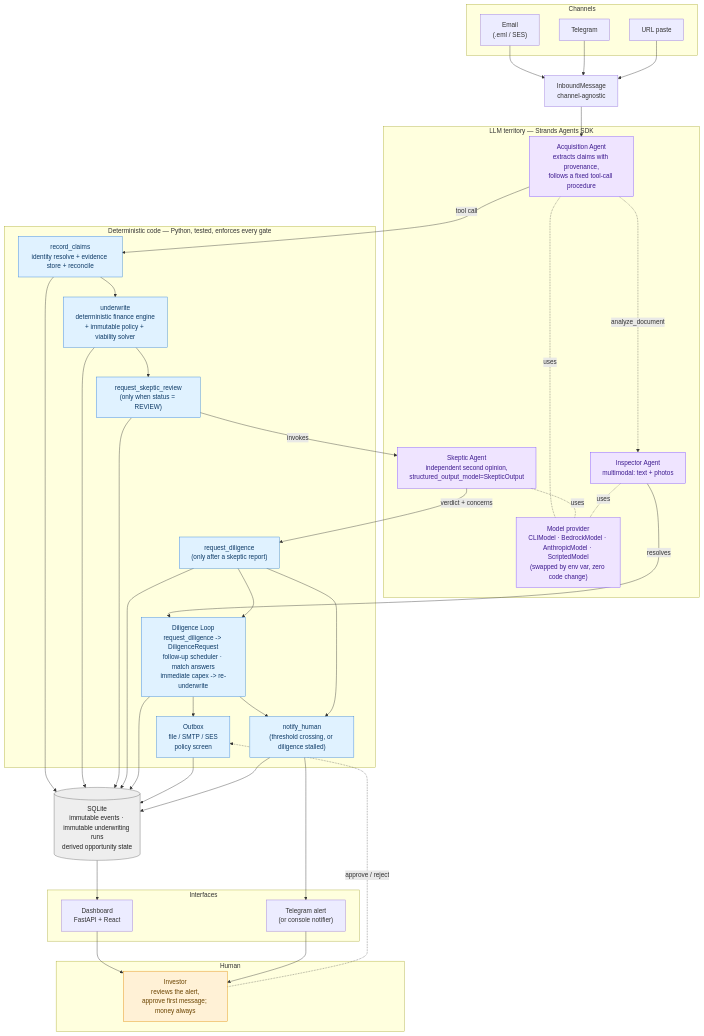
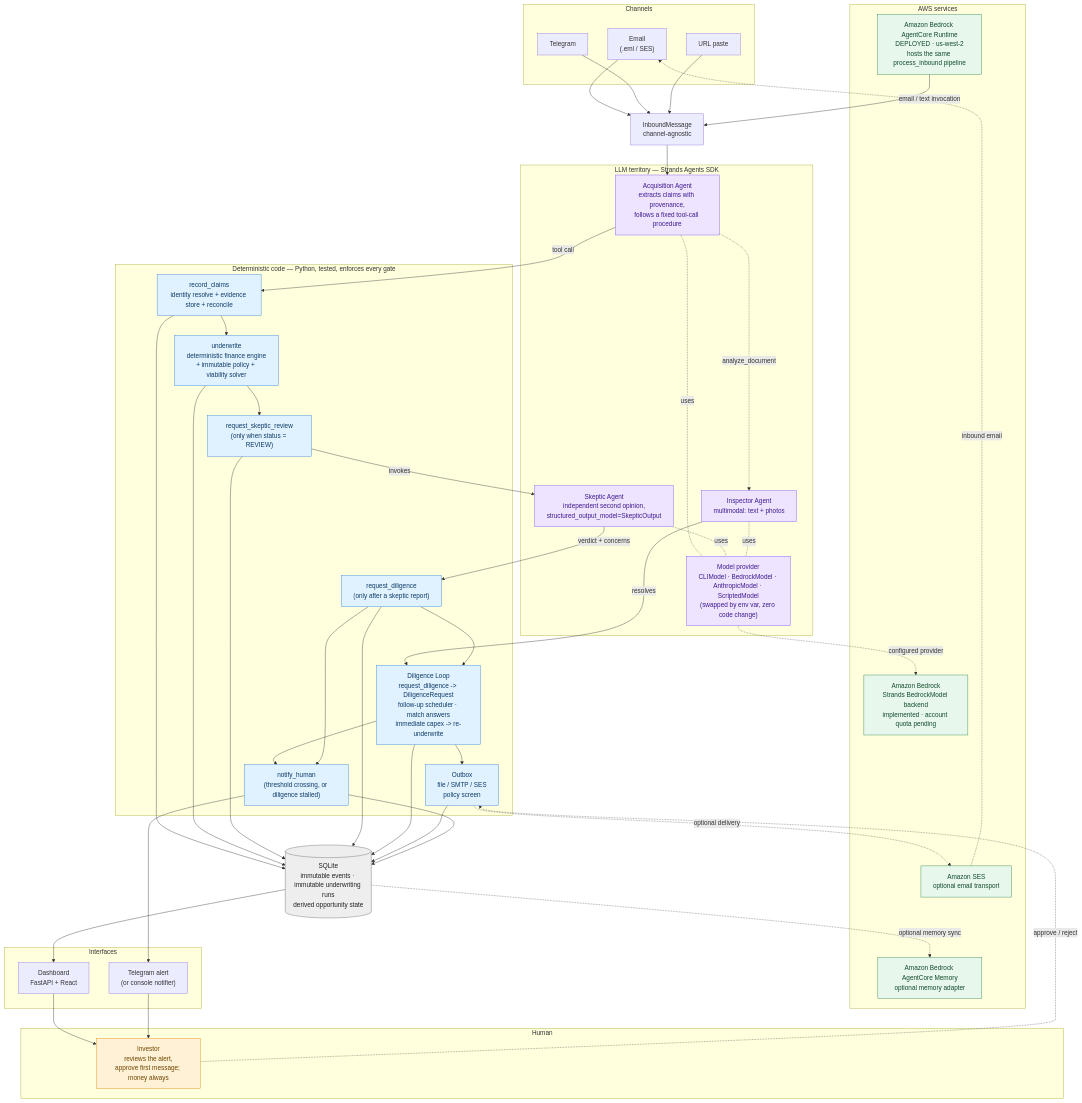
The diagram in README.md (mpnikhil/DealSieve), drawn with Mermaid before and after one commit. The commit also changed other lines of this file and 10 other files, not shown here.

````diff
--- a/README.md
+++ b/README.md
@@ -38,6 +38,16 @@
     TG --> IM
     URLIN --> IM
 
+    subgraph AWS["AWS services"]
+        AC["Amazon Bedrock AgentCore Runtime\nDEPLOYED · us-west-2\nhosts the same process_inbound pipeline"]
+        BR["Amazon Bedrock\nStrands BedrockModel backend\nimplemented · account quota pending"]
+        AM["Amazon Bedrock AgentCore Memory\noptional memory adapter"]
+        SES["Amazon SES\noptional email transport"]
+    end
+
+    AC -->|"email / text invocation"| IM
+    SES -."inbound email".-> EM
+
     subgraph LLM["LLM territory — Strands Agents SDK"]
         MP["Model provider\nCLIModel · BedrockModel · AnthropicModel · ScriptedModel\n(swapped by env var, zero code change)"]
         AA["Acquisition Agent\nextracts claims with provenance,\nfollows a fixed tool-call procedure"]
@@ -49,6 +59,7 @@
     end
 
     IM --> AA
+    MP -."configured provider".-> BR
 
     subgraph DET["Deterministic code — Python, tested, enforces every gate"]
         RC["record_claims\nidentity resolve + evidence store + reconcile"]
@@ -77,6 +88,8 @@
     DIL --> DB
     OBX --> DB
     NH --> DB
+    DB -."optional memory sync".-> AM
+    OBX -."optional delivery".-> SES
 
     subgraph OUT["Interfaces"]
         DASH["Dashboard\nFastAPI + React"]
@@ -96,9 +109,11 @@
     classDef det fill:#e0f2ff,stroke:#2f7ed8,color:#0d3a66;
     classDef human fill:#fff1d6,stroke:#e08a00,color:#6b4400;
     classDef store fill:#eeeeee,stroke:#666666,color:#222222;
+    classDef aws fill:#e7f7ec,stroke:#26834a,color:#124b2b;
 
     class MP,AA,SK,INSP llm;
     class RC,UW,RSR,DBQ,DIL,OBX,NH det;
     class H human;
     class DB store;
+    class AC,BR,AM,SES aws;
 ```
````
